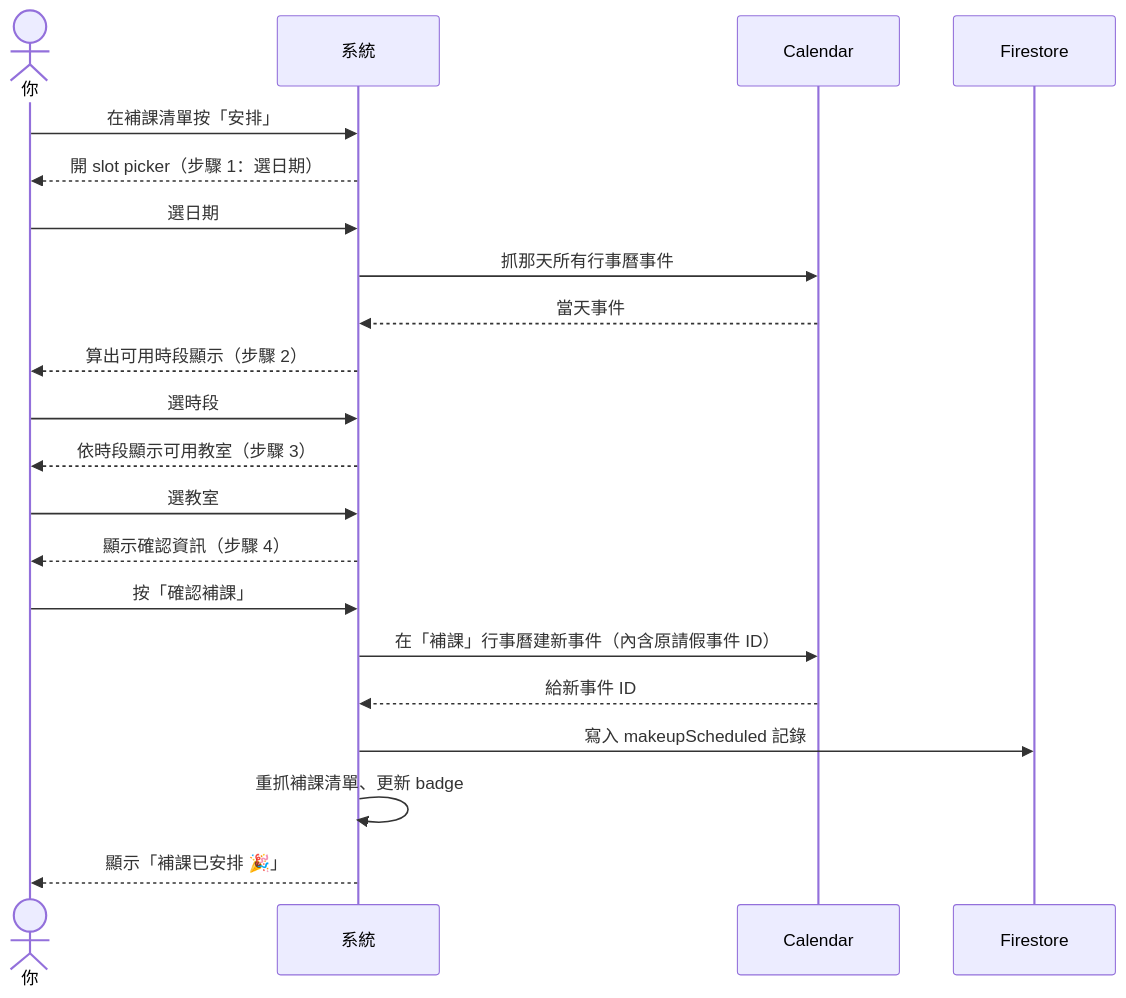
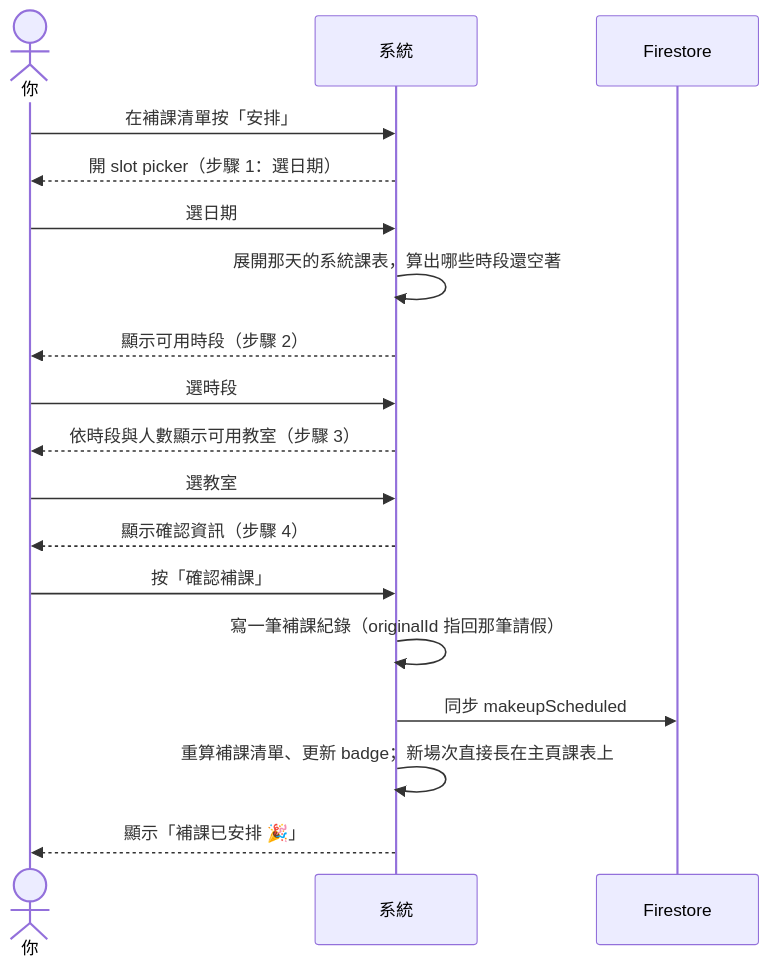
One commit to jyunz47/hobe-system changed the fifth of 6 diagrams in mds/系統地圖.md. Above: the diagram before and after it, drawn with Mermaid. The commit also changed other lines of this file and 6 other files, not shown here.

````diff
--- a/mds/系統地圖.md
+++ b/mds/系統地圖.md
@@ -270,24 +265,21 @@
 ```mermaid
 sequenceDiagram
     actor 你
     participant 系統
-    participant Calendar
     participant Firestore
 
     你->>系統: 在補課清單按「安排」
     系統-->>你: 開 slot picker（步驟 1：選日期）
     你->>系統: 選日期
-    系統->>Calendar: 抓那天所有行事曆事件
-    Calendar-->>系統: 當天事件
-    系統-->>你: 算出可用時段顯示（步驟 2）
+    系統->>系統: 展開那天的系統課表，算出哪些時段還空著
+    系統-->>你: 顯示可用時段（步驟 2）
     你->>系統: 選時段
-    系統-->>你: 依時段顯示可用教室（步驟 3）
+    系統-->>你: 依時段與人數顯示可用教室（步驟 3）
     你->>系統: 選教室
     系統-->>你: 顯示確認資訊（步驟 4）
     你->>系統: 按「確認補課」
-    系統->>Calendar: 在「補課」行事曆建新事件（內含原請假事件 ID）
-    Calendar-->>系統: 給新事件 ID
-    系統->>Firestore: 寫入 makeupScheduled 記錄
-    系統->>系統: 重抓補課清單、更新 badge
+    系統->>系統: 寫一筆補課紀錄（originalId 指回那筆請假）
+    系統->>Firestore: 同步 makeupScheduled
+    系統->>系統: 重算補課清單、更新 badge；新場次直接長在主頁課表上
     系統-->>你: 顯示「補課已安排 🎉」
 ```
````
